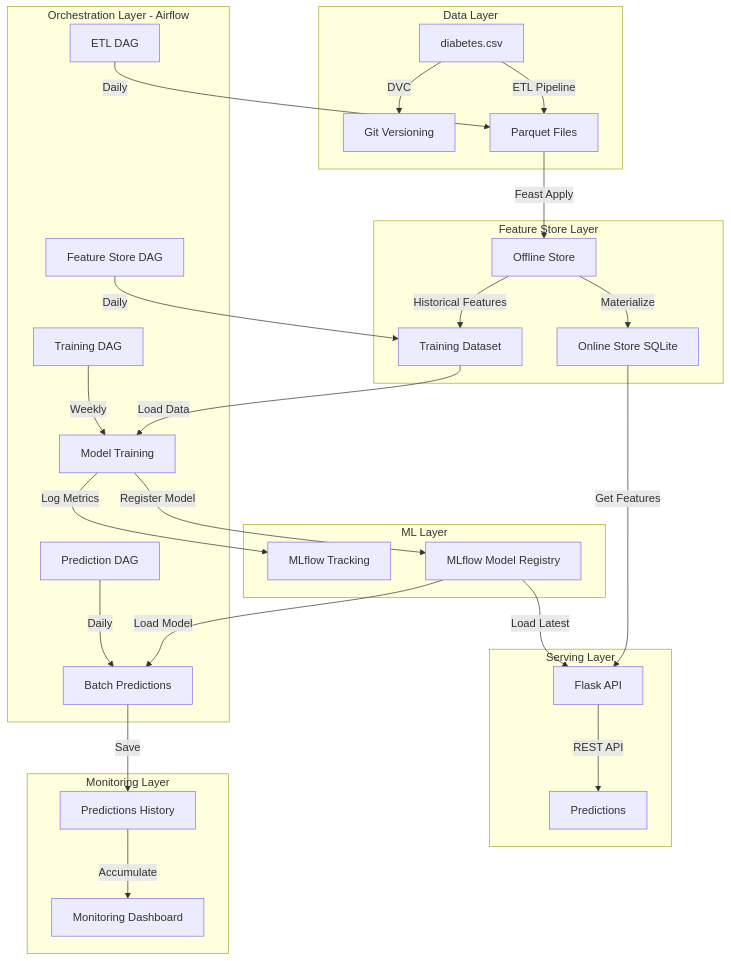
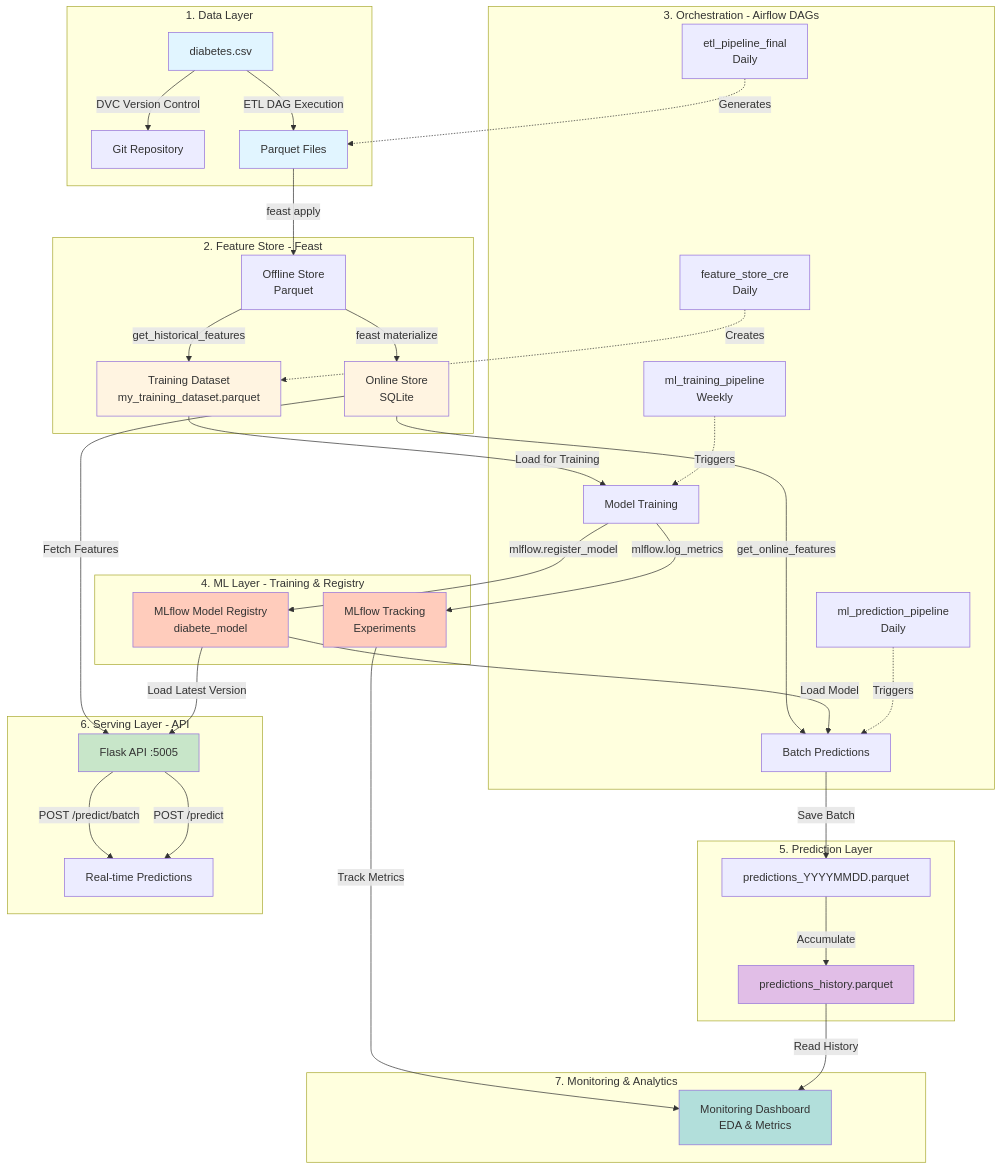
Before and after one commit to velosoberti/MLOps: the first of 5 diagrams in README.md, drawn with Mermaid. The commit also changed other lines of this file, not shown here.

Commit message:
new color custom

````diff
--- a/README.md
+++ b/README.md
@@ -32,38 +32,55 @@
 ```mermaid
 graph TB
-    subgraph "Data Layer"
-        A[diabetes.csv] -->|DVC| B[Git Versioning]
-        A -->|ETL Pipeline| C[Parquet Files]
+    subgraph "1. Data Layer"
+        A[diabetes.csv] -->|DVC Version Control| B[Git Repository]
+        A -->|ETL DAG Execution| C[Parquet Files]
     end
     
-    subgraph "Feature Store Layer"
-        C -->|Feast Apply| D[Offline Store]
-        D -->|Materialize| E[Online Store SQLite]
-        D -->|Historical Features| F[Training Dataset]
+    subgraph "2. Feature Store - Feast"
+        C -->|feast apply| D[Offline Store<br/>Parquet]
+        D -->|feast materialize| E[Online Store<br/>SQLite]
+        D -->|get_historical_features| F[Training Dataset<br/>my_training_dataset.parquet]
     end
     
-    subgraph "Orchestration Layer - Airflow"
-        G[ETL DAG] -->|Daily| C
-        H[Feature Store DAG] -->|Daily| F
-        I[Training DAG] -->|Weekly| J[Model Training]
-        K[Prediction DAG] -->|Daily| L[Batch Predictions]
+    subgraph "3. Orchestration - Airflow DAGs"
+        G[etl_pipeline_final<br/>Daily] -.->|Generates| C
+        H[feature_store_cre<br/>Daily] -.->|Creates| F
+        I[ml_training_pipeline<br/>Weekly] -.->|Triggers| J[Model Training]
+        K[ml_prediction_pipeline<br/>Daily] -.->|Triggers| L[Batch Predictions]
     end
     
-    subgraph "ML Layer"
-        F -->|Load Data| J
-        J -->|Log Metrics| M[MLflow Tracking]
-        J -->|Register Model| N[MLflow Model Registry]
-        N -->|Load Model| L
+    subgraph "4. ML Layer - Training & Registry"
+        F -->|Load for Training| J
+        J -->|mlflow.log_metrics| M[MLflow Tracking<br/>Experiments]
+        J -->|mlflow.register_model| N[MLflow Model Registry<br/>diabete_model]
     end
     
-    subgraph "Serving Layer"
-        N -->|Load Latest| O[Flask API]
-        E -->|Get Features| O
-        O -->|REST API| P[Predictions]
+    subgraph "5. Prediction Layer"
+        N -->|Load Model| L
+        E -->|get_online_features| L
+        L -->|Save Batch| O[predictions_YYYYMMDD.parquet]
+        O -->|Accumulate| P[predictions_history.parquet]
     end
     
-    subgraph "Monitoring Layer"
-        L -->|Save| Q[Predictions History]
-        Q -->|Accumulate| R[Monitoring Dashboard]
+    subgraph "6. Serving Layer - API"
+        N -->|Load Latest Version| Q[Flask API :5005]
+        E -->|Fetch Features| Q
+        Q -->|POST /predict| R[Real-time Predictions]
+        Q -->|POST /predict/batch| R
     end
+    
+    subgraph "7. Monitoring & Analytics"
+        P -->|Read History| S[Monitoring Dashboard<br/>EDA & Metrics]
+        M -->|Track Metrics| S
+    end
+    
+    style A fill:#e1f5ff
+    style C fill:#e1f5ff
+    style E fill:#fff4e1
+    style F fill:#fff4e1
+    style M fill:#ffccbc
+    style N fill:#ffccbc
+    style Q fill:#c8e6c9
+    style P fill:#e1bee7
+    style S fill:#b2dfdb
 ```
````
